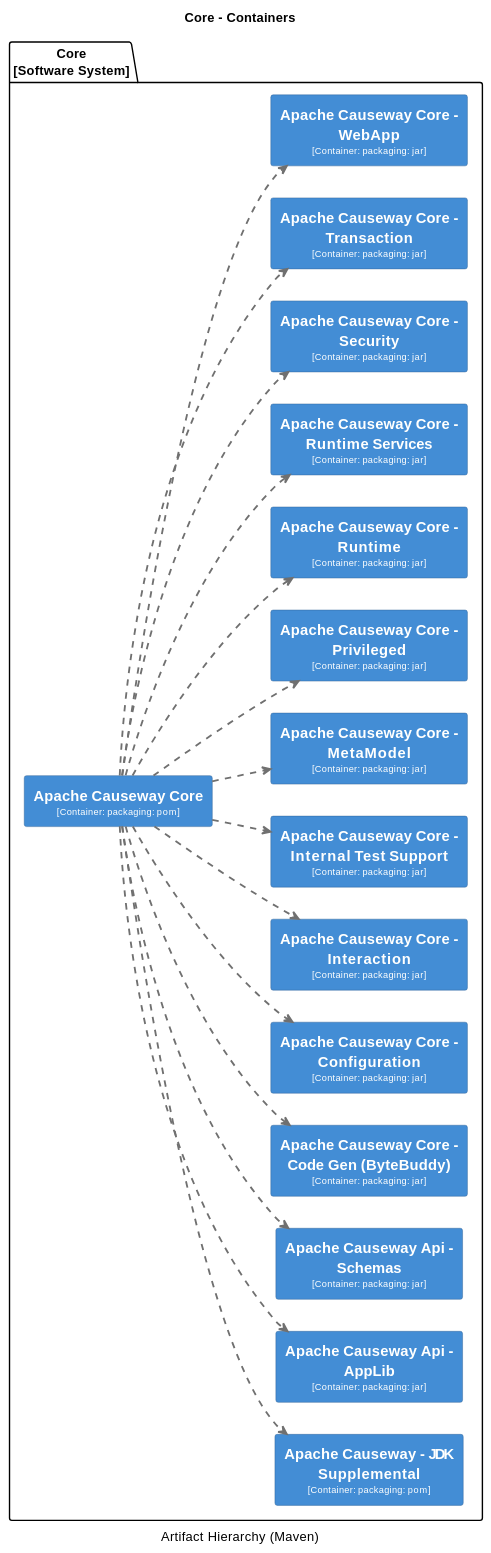
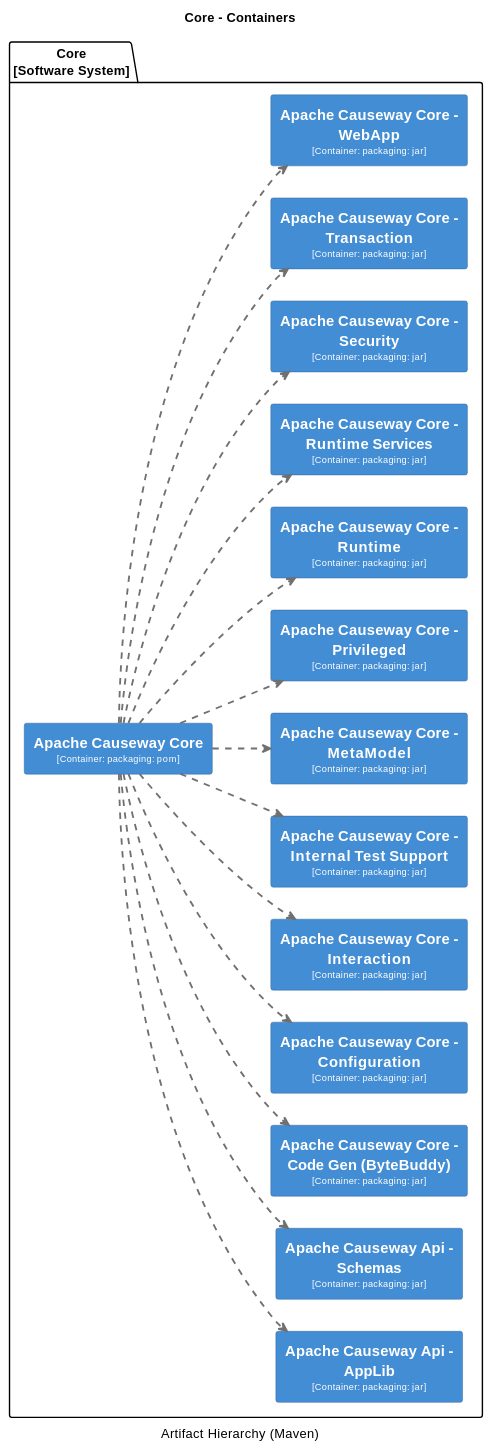
One commit to apache/causeway changed the seventh of 31 diagrams in core/adoc/modules/_overview/pages/about.adoc. Above: the diagram before and after it, drawn with PlantUML. The commit also changed other lines of this file and 51 other files, not shown here.

```diff
--- a/core/adoc/modules/_overview/pages/about.adoc
+++ b/core/adoc/modules/_overview/pages/about.adoc
@@ -1350,11 +1121,6 @@
   BorderColor #2e6295
 }
 skinparam rectangle<<15>> {
-  BackgroundColor #438dd5
-  FontColor #fffffe
-  BorderColor #2e6295
-}
-skinparam rectangle<<16>> {
   BackgroundColor #438dd5
   FontColor #fffffe
   BorderColor #2e6295
@@ -1405,9 +1171,8 @@
   BorderColor #2e6295
 }
 package "Core\n[Software System]" {
-  rectangle "==Apache Causeway - JDK Supplemental\n<size:10>[Container: packaging: pom]</size>" <<15>> as 15
   rectangle "==Apache Causeway Api - AppLib\n<size:10>[Container: packaging: jar]</size>" <<3>> as 3
-  rectangle "==Apache Causeway Api - Schemas\n<size:10>[Container: packaging: jar]</size>" <<16>> as 16
+  rectangle "==Apache Causeway Api - Schemas\n<size:10>[Container: packaging: jar]</size>" <<15>> as 15
   rectangle "==Apache Causeway Core\n<size:10>[Container: packaging: pom]</size>" <<2>> as 2
   rectangle "==Apache Causeway Core - Code Gen (ByteBuddy)\n<size:10>[Container: packaging: jar]</size>" <<4>> as 4
   rectangle "==Apache Causeway Core - Configuration\n<size:10>[Container: packaging: jar]</size>" <<5>> as 5
@@ -1421,9 +1186,8 @@
   rectangle "==Apache Causeway Core - Transaction\n<size:10>[Container: packaging: jar]</size>" <<13>> as 13
   rectangle "==Apache Causeway Core - WebApp\n<size:10>[Container: packaging: jar]</size>" <<14>> as 14
 }
+2 .[#707070,thickness=2].> 3 : ""
 2 .[#707070,thickness=2].> 15 : ""
-2 .[#707070,thickness=2].> 3 : ""
-2 .[#707070,thickness=2].> 16 : ""
 2 .[#707070,thickness=2].> 4 : ""
 2 .[#707070,thickness=2].> 5 : ""
 2 .[#707070,thickness=2].> 6 : ""
```
